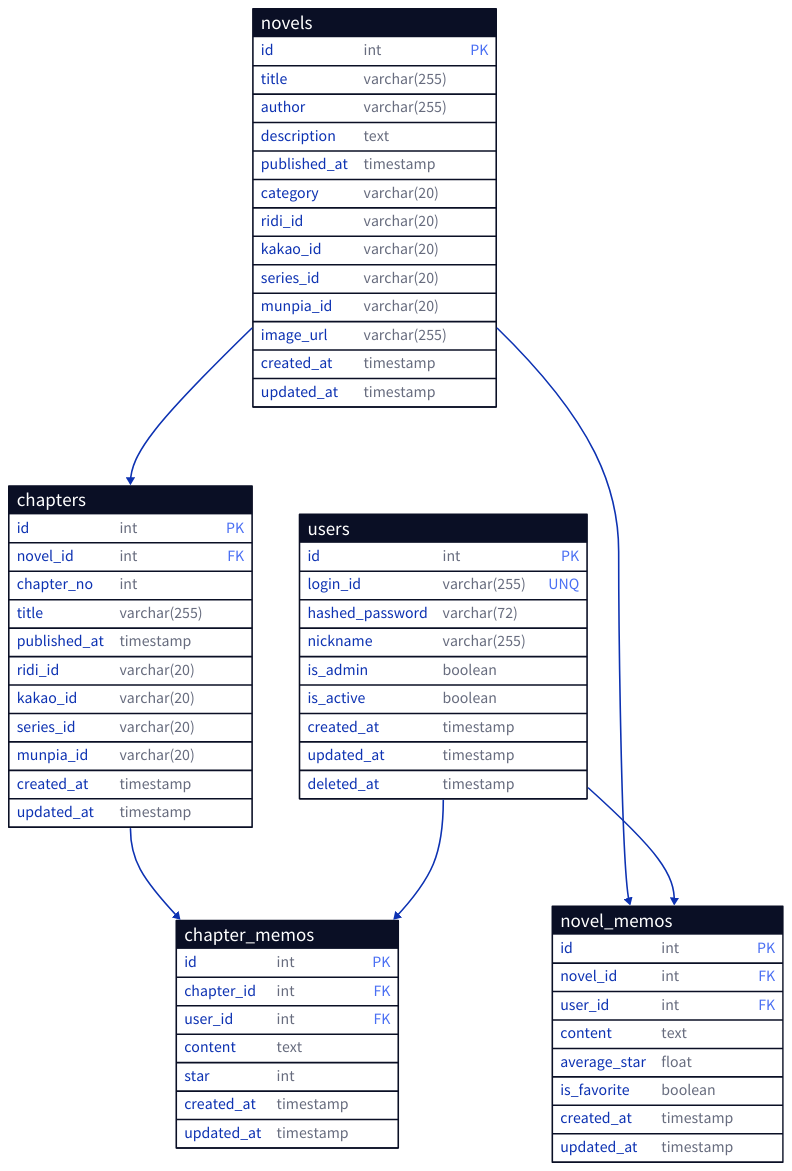
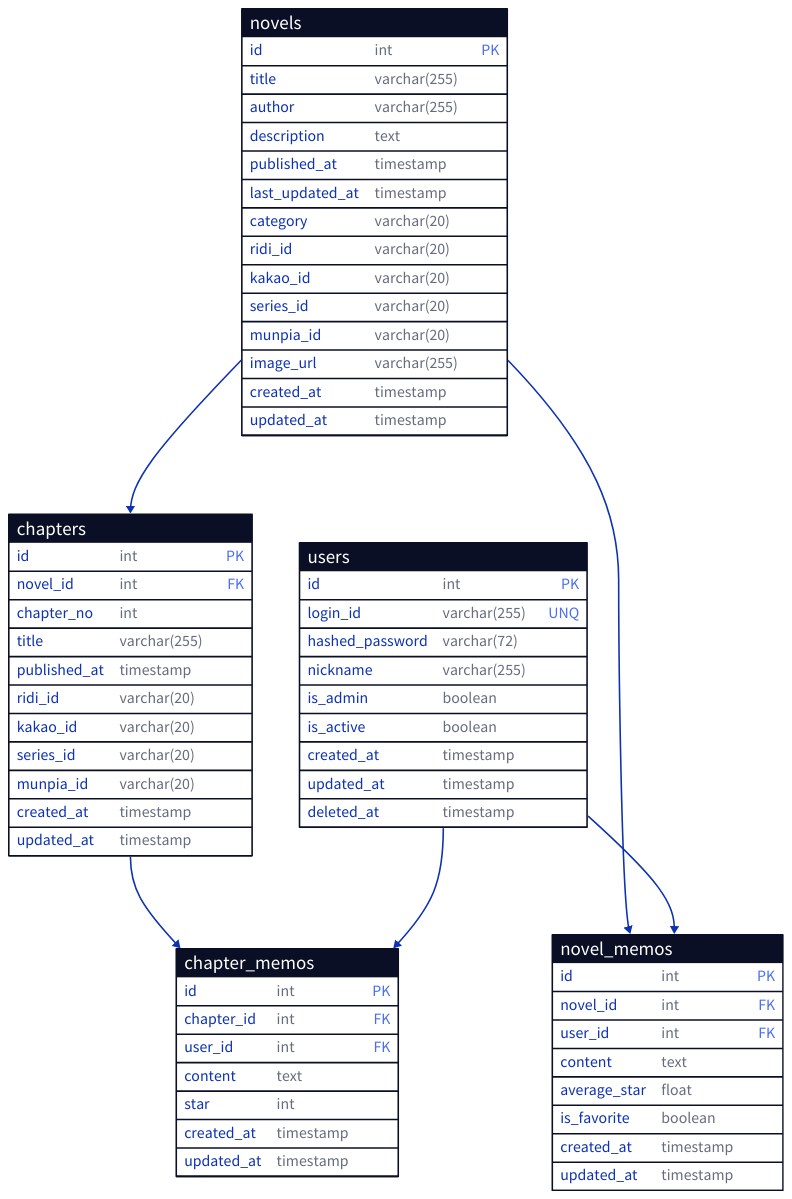
Before and after one commit to arbans1/Novelog-Backend: the diagram in sql/models.d2, drawn with D2. The commit also changed 3 other files, not shown here.

```diff
--- a/sql/models.d2
+++ b/sql/models.d2
@@ -1,72 +1,73 @@
 users: {
   shape: sql_table
   id: int {constraint: primary_key} # 아이디
   login_id: varchar(255) {constraint: unique} # 이메일
   hashed_password: varchar(72) # 해시된 비밀번호
   nickname: varchar(255) # 닉네임
   is_admin: boolean # 관리자 여부
   is_active: boolean # 활성화 여부
   created_at: timestamp # 생성일
   updated_at: timestamp # 수정일
   deleted_at: timestamp # 삭제일
 }
 
 novels: {
   shape: sql_table
   id: int {constraint: primary_key} # 아이디
   title: varchar(255) # 제목
   author: varchar(255) # 작가
   description: text # 설명
   published_at: timestamp # 공개일
+  last_updated_at: timestamp # 최종 업데이트일
   category: varchar(20) # 카테고리
   ridi_id: varchar(20) # 리디북스 아이디
   kakao_id: varchar(20) # 카카오 페이지 아이디
   series_id: varchar(20) # 시리즈 아이디
   munpia_id: varchar(20) # 문피아 아이디
   image_url: varchar(255) # 이미지 URL
   created_at: timestamp # 생성일
   updated_at: timestamp # 수정일
 }
 
 chapters: {
   shape: sql_table
   id: int {constraint: primary_key} # 아이디
   novel_id: int {constraint: foreign_key} # 소설 아이디
   chapter_no: int # 챕터 번호
   title: varchar(255) # 제목
   published_at: timestamp # 공개일
   ridi_id: varchar(20) # 리디북스 아이디
   kakao_id: varchar(20) # 카카오 페이지 아이디
   series_id: varchar(20) # 시리즈 아이디
   munpia_id: varchar(20) # 문피아 아이디
   created_at: timestamp # 생성일
   updated_at: timestamp # 수정일
 }
 novels.id -> chapters.novel_id
 
 novel_memos: {
   shape: sql_table
   id: int {constraint: primary_key} # 아이디
   novel_id: int {constraint: foreign_key} # 소설 아이디
   user_id: int {constraint: foreign_key} # 유저 아이디
   content: text # 내용
   average_star: float # 평균 별점
   is_favorite: boolean # 즐겨찾기 여부
   created_at: timestamp # 생성일
   updated_at: timestamp # 수정일
 }
 novels.id -> novel_memos.novel_id
 users.id -> novel_memos.user_id
 
 chapter_memos: {
   shape: sql_table
   id: int {constraint: primary_key} # 아이디
   chapter_id: int {constraint: foreign_key} # 챕터 아이디
   user_id: int {constraint: foreign_key} # 유저 아이디
   content: text # 내용
   star: int # 별점
   created_at: timestamp # 생성일
   updated_at: timestamp # 수정일
 }
 chapters.id -> chapter_memos.chapter_id
 users.id -> chapter_memos.user_id
```
